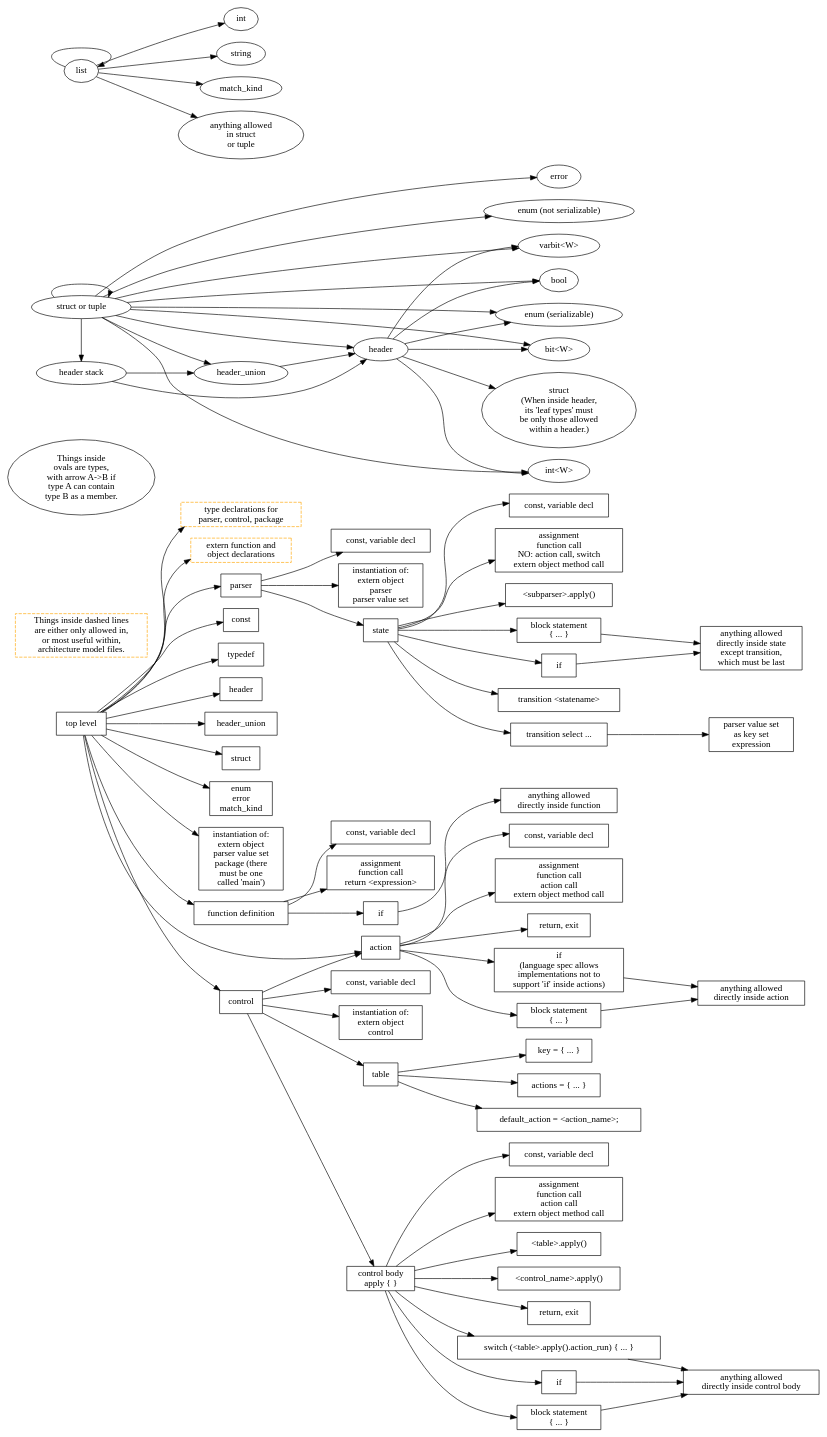
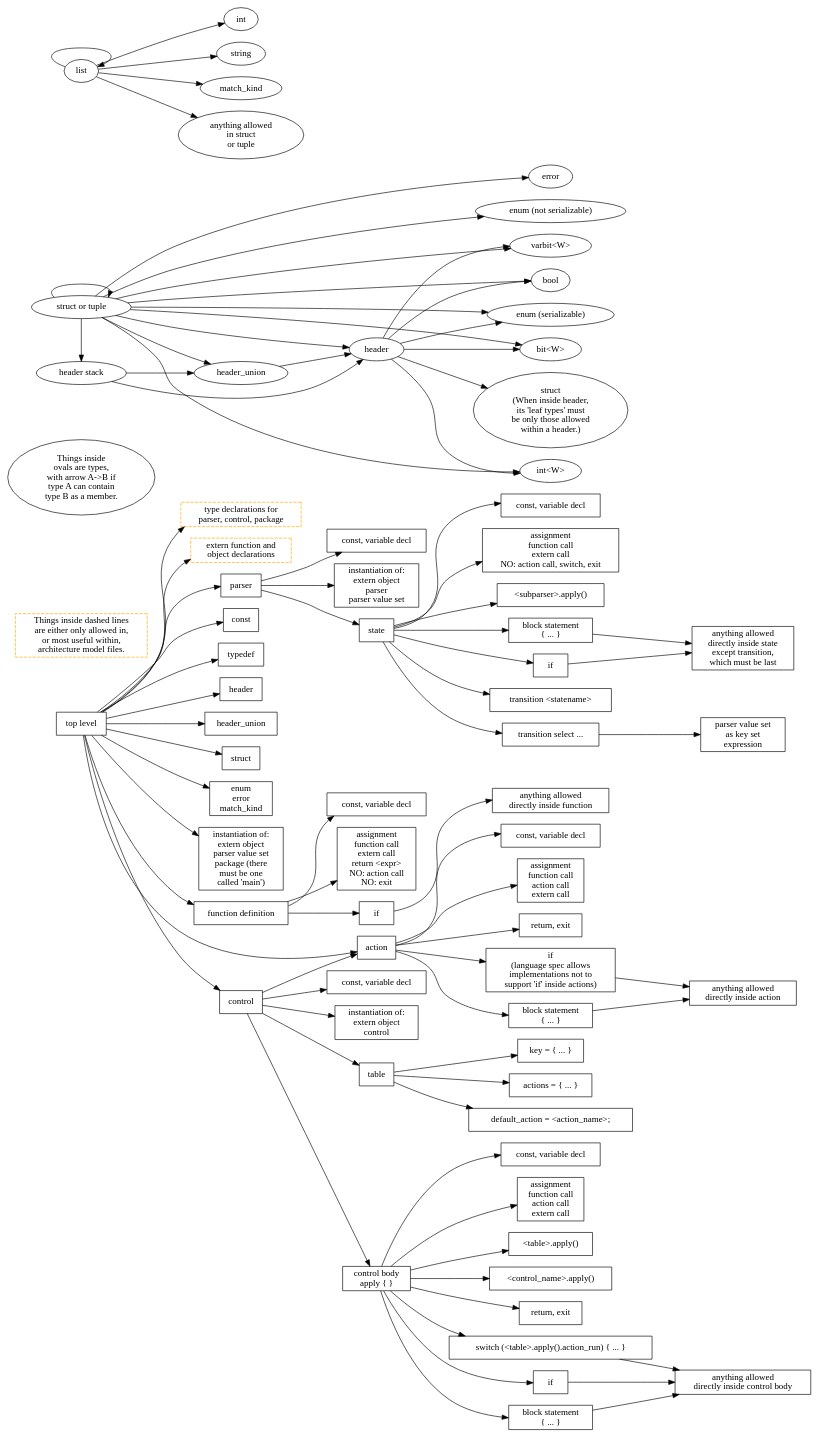
The diagram in p4-16-allowed-constructs.dot (jafingerhut/p4-guide), drawn with Graphviz before and after one commit. The commit also changed 3 other files, not shown here.

Commit message:
Make it explicit that function bodies can call externs Also add some explicit forbidden statements in a few places

```diff
--- a/p4-16-allowed-constructs.dot
+++ b/p4-16-allowed-constructs.dot
@@ -1,198 +1,198 @@
 digraph p4_16_allowed_construct_nesting {
 
     node [shape=box];
     rankdir=LR;
 
     toplevel [label="top level"];
     legend_bold_orange_box [label="Things inside dashed lines\nare either only allowed in,\nor most useful within,\narchitecture model files." style=dashed color=orange];
 
     toplevel -> typeDeclaration;
     typeDeclaration [label="type declarations for\nparser, control, package" style=dashed color=orange];
     toplevel -> externDeclaration;
     externDeclaration [label="extern function and\n object declarations" style=dashed color=orange];
     toplevel -> parserDeclaration;
     parserDeclaration [label="parser"];
     toplevel -> constantDeclaration1;
     constantDeclaration1 [label="const"];
     toplevel -> typedefDeclaration;
     typedefDeclaration [label="typedef"];
     toplevel -> headerTypeDeclaration;
     headerTypeDeclaration [label="header"];
     toplevel -> headerUnionDeclaration;
     headerUnionDeclaration [label="header_union"];
     toplevel -> structTypeDeclaration;
     structTypeDeclaration [label="struct"];
     toplevel -> enumErrorMatchKindDeclaration;
     enumErrorMatchKindDeclaration [label="enum\nerror\nmatch_kind"];
     toplevel -> Instantiation;
     Instantiation [label="instantiation of:\nextern object\nparser value set\npackage (there\nmust be one\ncalled 'main')"];
     toplevel -> functionDefinition;
     functionDefinition [label="function definition"];
     toplevel -> actionDeclaration;
     actionDeclaration [label="action"];
     toplevel -> controlDeclaration;
     controlDeclaration [label="control"];
 
     // this is 'parser <name> (<parameters>) { ... }'
     parserDeclaration -> constantOrVariableDeclaration2;
     constantOrVariableDeclaration2 [label="const, variable decl"];
     parserDeclaration -> Instantiation2;
     Instantiation2 [label="instantiation of:\nextern object\nparser\nparser value set"];
     parserDeclaration -> parserState;
 
     parserState [label="state"];
     parserState -> constantOrVariableDeclaration3;
     constantOrVariableDeclaration3 [label="const, variable decl"];
     parserState -> assignmentActionMethodCallStatement3;
-    assignmentActionMethodCallStatement3 [label="assignment\nfunction call\nNO: action call, switch\nextern object method call"];
+    assignmentActionMethodCallStatement3 [label="assignment\nfunction call\nextern call\nNO: action call, switch, exit"];
     parserState -> parserApplyCallStatement3;
     parserApplyCallStatement3 [label="<subparser>.apply()"];
     parserState -> blockStatement3;
     blockStatement3 [label="block statement\n{ ... }"];
     blockStatement3 -> blockStatementInParserState;
     blockStatementInParserState [label="anything allowed\ndirectly inside state\nexcept transition,\nwhich must be last"];
     parserState -> conditionalStatement8;
     conditionalStatement8 [label="if"];
     conditionalStatement8 -> blockStatementInParserState;
     parserState -> transitionStatement1;
     parserState -> transitionStatement2;
     transitionStatement1 [label="transition <statename>"];
     transitionStatement2 [label="transition select ..."];
     transitionStatement2 -> parserValueSetCall;
     parserValueSetCall [label="parser value set\nas key set\nexpression"];
 
     controlDeclaration -> constantOrVariableDeclaration4;
     constantOrVariableDeclaration4 [label="const, variable decl"];
     controlDeclaration -> Instantiation4;
     Instantiation4 [label="instantiation of:\nextern object\ncontrol"];
     controlDeclaration -> actionDeclaration;
     controlDeclaration -> tableDeclaration;
     controlDeclaration -> controlBody;
     controlBody [label="control body\napply { }"];
 
     tableDeclaration [label="table"];
     tableDeclaration -> tablePropertyKey;
     tablePropertyKey [label="key = { ... }"];
     tableDeclaration -> tablePropertyActions;
     tablePropertyActions [label="actions = { ... }"];
     tableDeclaration -> tablePropertyDefaultAction;
     tablePropertyDefaultAction [label="default_action = <action_name>;"];
 
     functionDefinition -> constantOrVariableDeclaration7;
     constantOrVariableDeclaration7 [label="const, variable decl"];
     functionDefinition -> assignmentFunctionCallStatement1;
-    assignmentFunctionCallStatement1 [label="assignment\nfunction call\nreturn <expression>"];
+    assignmentFunctionCallStatement1 [label="assignment\nfunction call\nextern call\nreturn <expr>\nNO: action call\nNO: exit"];
     functionDefinition -> conditionalStatement7;
     conditionalStatement7 [label="if"];
     conditionalStatement7 -> blockStatementInFunctionDefinition;
     blockStatementInFunctionDefinition [label="anything allowed\ndirectly inside function"];
 
     actionDeclaration -> constantOrVariableDeclaration5;
     constantOrVariableDeclaration5 [label="const, variable decl"];
     actionDeclaration -> assignmentActionMethodCallStatement5;
-    assignmentActionMethodCallStatement5 [label="assignment\nfunction call\naction call\nextern object method call"];
+    assignmentActionMethodCallStatement5 [label="assignment\nfunction call\naction call\nextern call"];
     actionDeclaration -> returnOrExitStatement5;
     returnOrExitStatement5 [label="return, exit"];
     actionDeclaration -> conditionalStatement5;
     conditionalStatement5 [label="if\n(language spec allows\nimplementations not to\nsupport 'if' inside actions)"];
     conditionalStatement5 -> blockStatementInActionDeclaration;
     actionDeclaration -> blockStatement5;
     blockStatement5 [label="block statement\n{ ... }"];
     blockStatement5 -> blockStatementInActionDeclaration;
     blockStatementInActionDeclaration [label="anything allowed\ndirectly inside action"];
 
     // I am making up actionCallStatement.  It might most closely
     // correspond in P4_16 grammar to assignmentOrMethodCallStatement.
     //actionCallStatement
 
     controlBody -> constantOrVariableDeclaration6;
     constantOrVariableDeclaration6 [label="const, variable decl"];
     controlBody -> assignmentActionMethodCallStatement6;
-    assignmentActionMethodCallStatement6 [label="assignment\nfunction call\naction call\nextern object method call"];
+    assignmentActionMethodCallStatement6 [label="assignment\nfunction call\naction call\nextern call"];
     controlBody -> tableApplyCall6;
     tableApplyCall6 [label="<table>.apply()"];
     controlBody -> controlCallStatement6;
     controlCallStatement6 [label="<control_name>.apply()"];
     controlBody -> returnOrExitStatement6;
     returnOrExitStatement6 [label="return, exit"];
     controlBody -> switchStatement6;
     switchStatement6 [label="switch (<table>.apply().action_run) { ... }"];
     switchStatement6 -> blockStatementInControlBody;
     controlBody -> conditionalStatement6;
     conditionalStatement6 [label="if"];
     conditionalStatement6 -> blockStatementInControlBody;
     controlBody -> blockStatement6;
     blockStatement6 [label="block statement\n{ ... }"];
     blockStatement6 -> blockStatementInControlBody;
     blockStatementInControlBody [label="anything allowed\ndirectly inside control body"];
 
 
     legend_oval [label="Things inside\novals are types,\nwith arrow A->B if\ntype A can contain\ntype B as a member." shape=oval];
 
     {
     rank=same;
     containerStructOrTuple [shape=oval label="struct or tuple"];
     //containerStruct [shape=oval label="struct"];
     //containerTuple [shape=oval label="tuple"];
     containerHeaderStack [shape=oval label="header stack"];
     containerList [shape=oval label="list"];
     }
 
     {
     rank=same;
     containerHeaderUnion [shape=oval label="header_union"];
     }
 
     {
     rank=same;
     containerHeader [shape=oval label="header"];
     }
 
     {
     rank=same;
     elementBitW [shape=oval label="bit<W>"];
     elementIntW [shape=oval label="int<W>"];
     elementVarbitW [shape=oval label="varbit<W>"];
     elementError [shape=oval label="error"];
     elementBool [shape=oval label="bool"];
     elementSerializableEnum [shape=oval label="enum (serializable)"];
     elementNonSerializableEnum [shape=oval label="enum (not serializable)"];
     }
 
     elementInt [shape=oval label="int"];
     elementString [shape=oval label="string"];
     elementMatchKind [shape=oval label="match_kind"];
     elementAnythingAllowedInStructOrTuple [shape=oval label="anything allowed\nin struct\nor tuple"];
 
     containerHeaderStack -> containerHeader;
     containerHeaderStack -> containerHeaderUnion;
 
     containerHeader -> elementBitW;
     containerHeader -> elementIntW;
     containerHeader -> elementVarbitW;
     containerHeader -> elementBool;
     containerHeader -> elementSerializableEnum;
     containerHeader -> elementStruct;
 
     elementStruct [shape=oval label="struct\n(When inside header,\nits 'leaf types' must\nbe only those allowed\nwithin a header.)"];
 
     containerHeaderUnion -> containerHeader;
 
     containerStructOrTuple -> elementBitW;
     containerStructOrTuple -> elementIntW;
     containerStructOrTuple -> elementVarbitW;
     containerStructOrTuple -> elementError;
     containerStructOrTuple -> elementBool;
     containerStructOrTuple -> elementSerializableEnum;
     containerStructOrTuple -> elementNonSerializableEnum;
     containerStructOrTuple -> containerHeader;
     containerStructOrTuple -> containerHeaderUnion;
     containerStructOrTuple -> containerHeaderStack;
     containerStructOrTuple -> containerStructOrTuple;
 
     containerList -> elementInt;
     containerList -> elementString;
     containerList -> elementMatchKind;
     containerList -> containerList;
     containerList -> elementAnythingAllowedInStructOrTuple
 }
```
